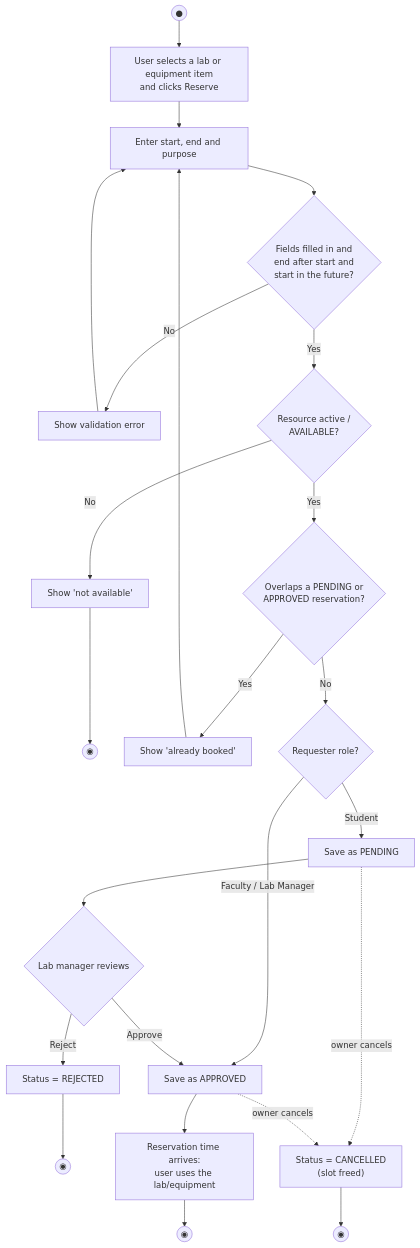
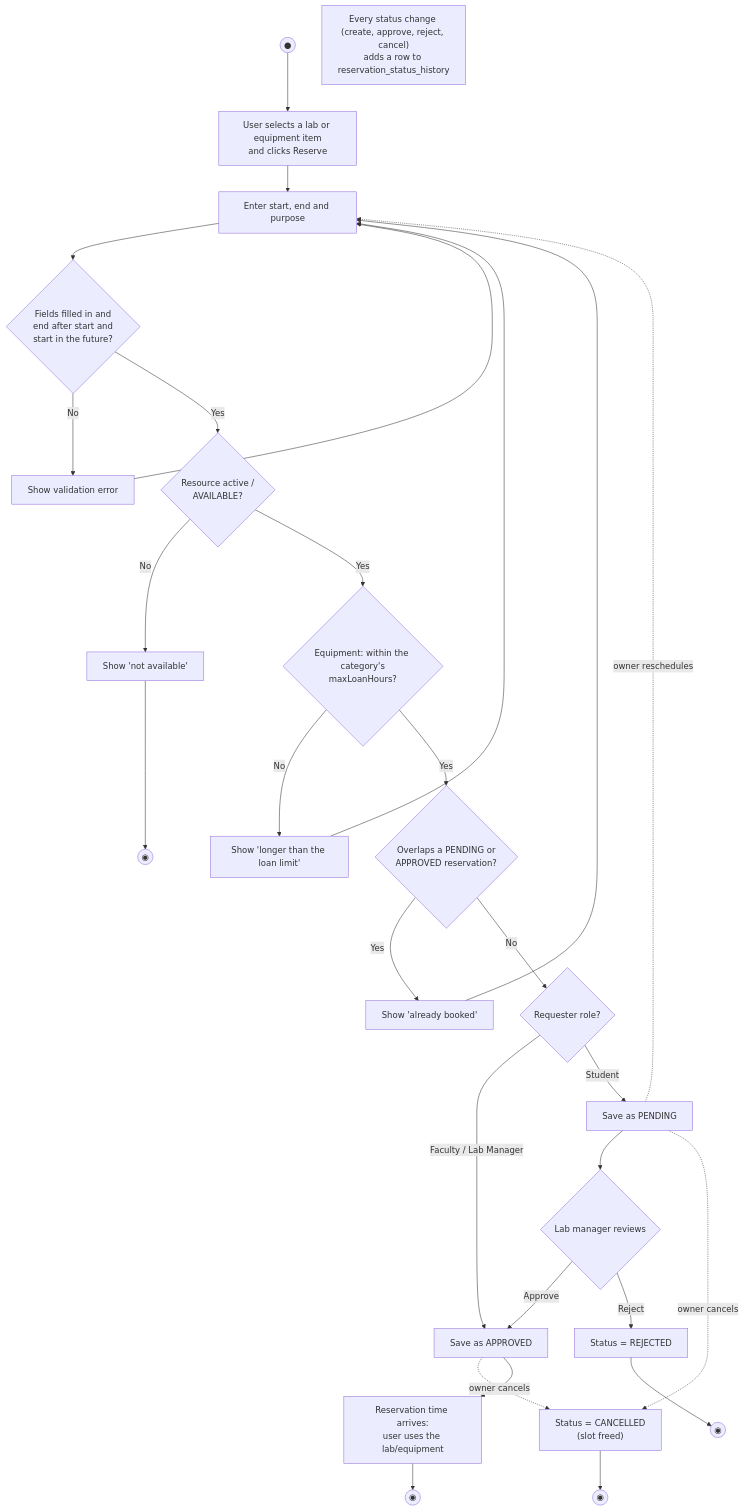
The seventh of 7 diagrams in docs/uml.md (westonm05/Reservation-Project), drawn with Mermaid before and after one commit. The commit also changed other lines of this file and 4 other files, not shown here.

First line of the commit message:
docs: update UML for Milestone 3 and add Sprint 3 burndown (#8)

````diff
--- a/docs/uml.md
+++ b/docs/uml.md
@@ -295,21 +409,25 @@
 ```mermaid
 flowchart TD
     start((●)) --> pick["User selects a lab or equipment item<br/>and clicks Reserve"]
     pick --> fill["Enter start, end and purpose"]
     fill --> valid{"Fields filled in and<br/>end after start and<br/>start in the future?"}
     valid -- No --> err1["Show validation error"] --> fill
     valid -- Yes --> avail{"Resource active /<br/>AVAILABLE?"}
     avail -- No --> err2["Show 'not available'"] --> stop1((◉))
-    avail -- Yes --> conflict{"Overlaps a PENDING or<br/>APPROVED reservation?"}
+    avail -- Yes --> loan{"Equipment: within the category's<br/>maxLoanHours?"}
+    loan -- No --> err4["Show 'longer than the loan limit'"] --> fill
+    loan -- Yes --> conflict{"Overlaps a PENDING or<br/>APPROVED reservation?"}
     conflict -- Yes --> err3["Show 'already booked'"] --> fill
     conflict -- No --> role{"Requester role?"}
     role -- "Faculty / Lab Manager" --> approved["Save as APPROVED"]
     role -- Student --> pending["Save as PENDING"]
     pending --> review{"Lab manager reviews"}
     review -- Approve --> approved
     review -- Reject --> rejected["Status = REJECTED"] --> stop2((◉))
+    pending -. "owner reschedules" .-> fill
     pending -. "owner cancels" .-> cancelled["Status = CANCELLED<br/>(slot freed)"]
     approved -. "owner cancels" .-> cancelled
     cancelled --> stop3((◉))
+    note["Every status change (create, approve, reject, cancel)<br/>adds a row to reservation_status_history"]
     approved --> use["Reservation time arrives:<br/>user uses the lab/equipment"] --> stop4((◉))
 ```
````
